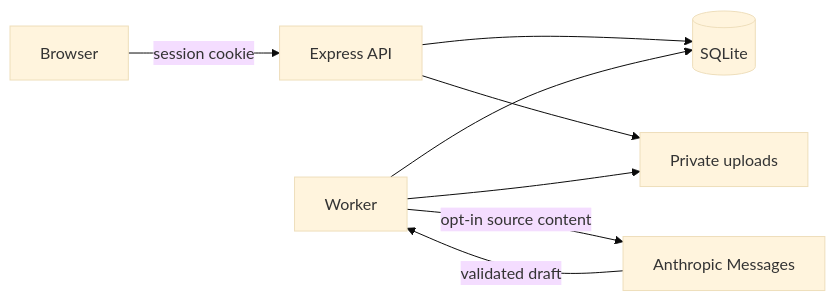
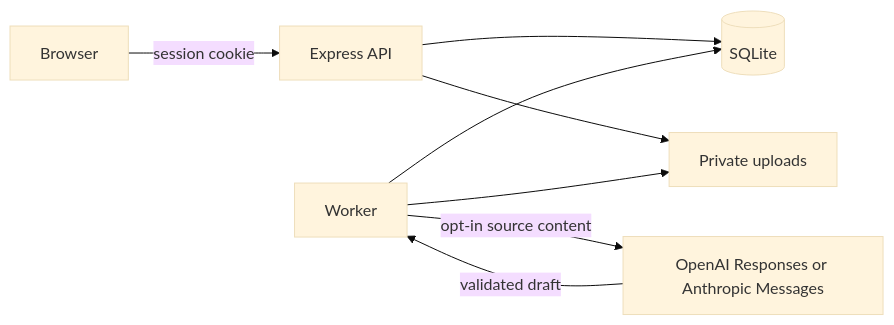
Before and after one commit to jaynyasg/Zapp: the diagram in docs/ARCHITECTURE.md, drawn with Mermaid (base theme). The commit also changed other lines of this file and 41 other files, not shown here.

````diff
--- a/docs/ARCHITECTURE.md
+++ b/docs/ARCHITECTURE.md
@@ -11,10 +11,10 @@
 ```mermaid
 flowchart LR
   Browser -->|session cookie| API[Express API]
   API --> DB[(SQLite)]
   API --> Files[Private uploads]
   Worker --> DB
   Worker --> Files
-  Worker -->|opt-in source content| AI[Anthropic Messages]
+  Worker -->|opt-in source content| AI[OpenAI Responses or Anthropic Messages]
   AI -->|validated draft| Worker
 ```
````
